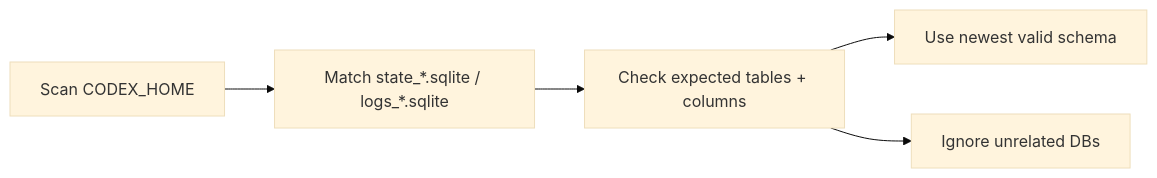
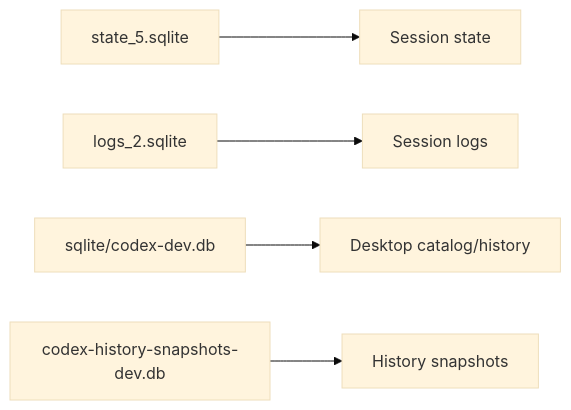
Before and after one commit to lemonbu5h/dexcow: the fourth of 6 diagrams in docs/architecture.md, drawn with Mermaid (base theme). The commit also changed other lines of this file and 30 other files, not shown here.

````diff
--- a/docs/architecture.md
+++ b/docs/architecture.md
@@ -34,7 +48,7 @@
 ```mermaid
 flowchart LR
-  A["Scan CODEX_HOME"] --> B["Match state_*.sqlite / logs_*.sqlite"]
-  B --> C["Check expected tables + columns"]
-  C --> D["Use newest valid schema"]
-  C --> E["Ignore unrelated DBs"]
+  A["state_5.sqlite"] --> B["Session state"]
+  C["logs_2.sqlite"] --> D["Session logs"]
+  E["sqlite/codex-dev.db"] --> F["Desktop catalog/history"]
+  G["codex-history-snapshots-dev.db"] --> H["History snapshots"]
 ```
````
